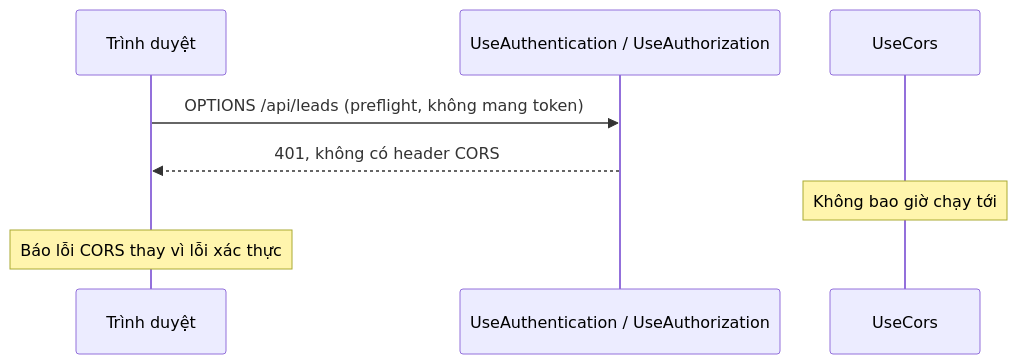
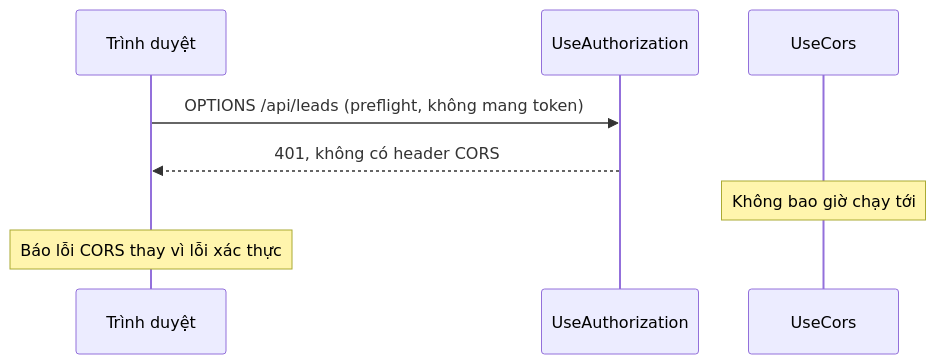
Before and after one commit to TienNHM/dotnet-course: the diagram in lessons/stage-01-foundation/module-02-computer-science-basics/2.12-quick-real-world-example.md, drawn with Mermaid. The commit also changed other lines of this file and 44 other files, not shown here.

````diff
--- a/lessons/stage-01-foundation/module-02-computer-science-basics/2.12-quick-real-world-example.md
+++ b/lessons/stage-01-foundation/module-02-computer-science-basics/2.12-quick-real-world-example.md
@@ -129,10 +136,10 @@
 ```mermaid
 sequenceDiagram
     participant B as Trình duyệt
-    participant A as UseAuthentication / UseAuthorization
+    participant A as UseAuthorization
     participant C as UseCors
     B->>A: OPTIONS /api/leads (preflight, không mang token)
     A-->>B: 401, không có header CORS
     Note over C: Không bao giờ chạy tới
     Note over B: Báo lỗi CORS thay vì lỗi xác thực
 ```
````
